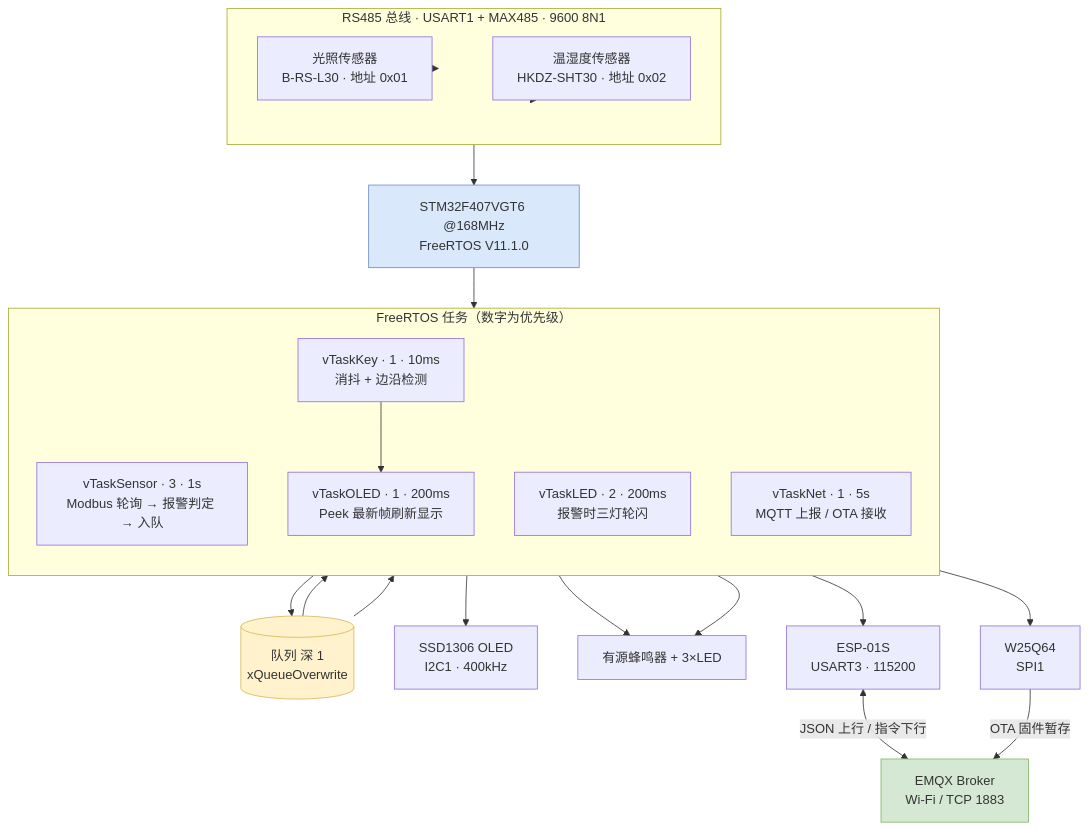
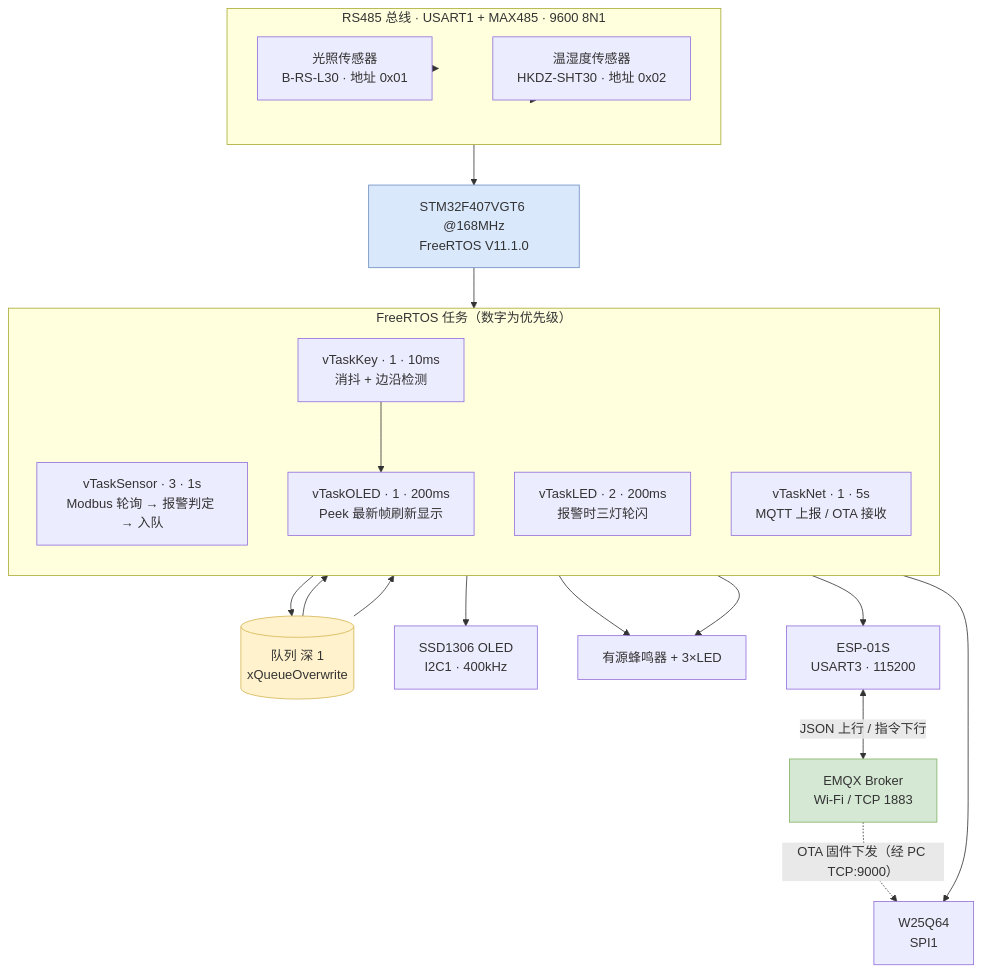
Before and after one commit to MYX-0211/rs485-gateway: the first of 3 diagrams in README.md, drawn with Mermaid. The commit also changed other lines of this file and 3 other files, not shown here.

````diff
--- a/README.md
+++ b/README.md
@@ -31,46 +32,46 @@
 ```mermaid
 flowchart TB
     subgraph BUS["RS485 总线 · USART1 + MAX485 · 9600 8N1"]
         direction LR
         S1["光照传感器<br/>B-RS-L30 · 地址 0x01"]
         S2["温湿度传感器<br/>HKDZ-SHT30 · 地址 0x02"]
     end
 
     MCU["STM32F407VGT6 @168MHz<br/>FreeRTOS V11.1.0"]
 
     subgraph TASKS["FreeRTOS 任务（数字为优先级）"]
         direction TB
         T1["vTaskSensor · 3 · 1s<br/>Modbus 轮询 → 报警判定 → 入队"]
         T2["vTaskLED · 2 · 200ms<br/>报警时三灯轮闪"]
         T3["vTaskNet · 1 · 5s<br/>MQTT 上报 / OTA 接收"]
         T4["vTaskOLED · 1 · 200ms<br/>Peek 最新帧刷新显示"]
         T5["vTaskKey · 1 · 10ms<br/>消抖 + 边沿检测"]
     end
 
     Q[("队列 深 1<br/>xQueueOverwrite")]
     OLED["SSD1306 OLED<br/>I2C1 · 400kHz"]
     ALARM["有源蜂鸣器 + 3×LED"]
     ESP["ESP-01S<br/>USART3 · 115200"]
     W25["W25Q64<br/>SPI1"]
     CLOUD["EMQX Broker<br/>Wi-Fi / TCP 1883"]
 
     S1 --> BUS
     S2 --> BUS
     BUS --> MCU
     MCU --> TASKS
     T1 --> Q
     Q --> T3
     Q --> T4
     T1 --> ALARM
     T2 --> ALARM
     T4 --> OLED
     T5 --> T4
     T3 --> ESP
     T3 --> W25
     ESP <-->|"JSON 上行 / 指令下行"| CLOUD
-    W25 -->|"OTA 固件暂存"| CLOUD
+    CLOUD -.->|"OTA 固件下发（经 PC TCP:9000）"| W25
 
     style MCU fill:#dae8fc,stroke:#6c8ebf
     style Q fill:#fff2cc,stroke:#d6b656
     style CLOUD fill:#d5e8d4,stroke:#82b366
 ```
````
